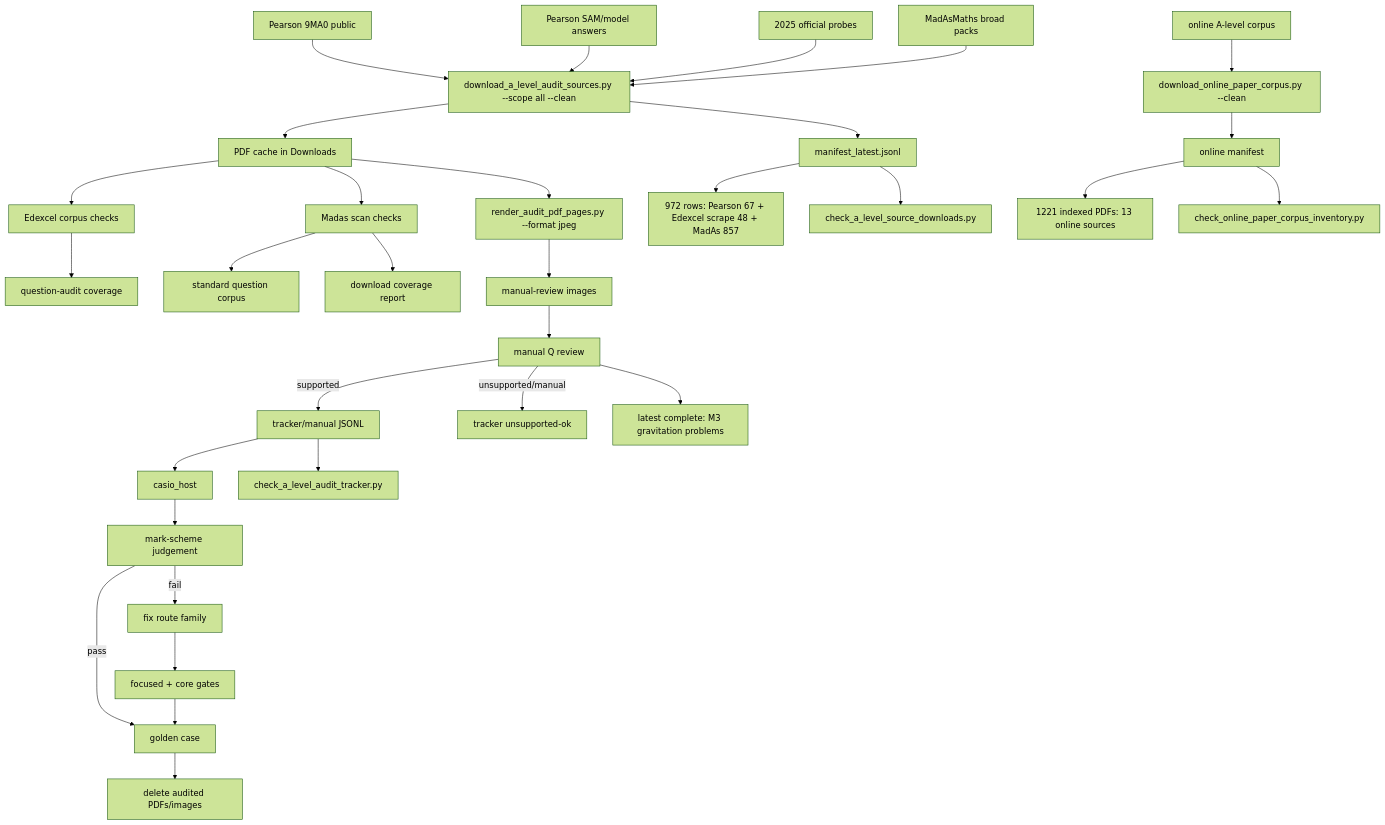
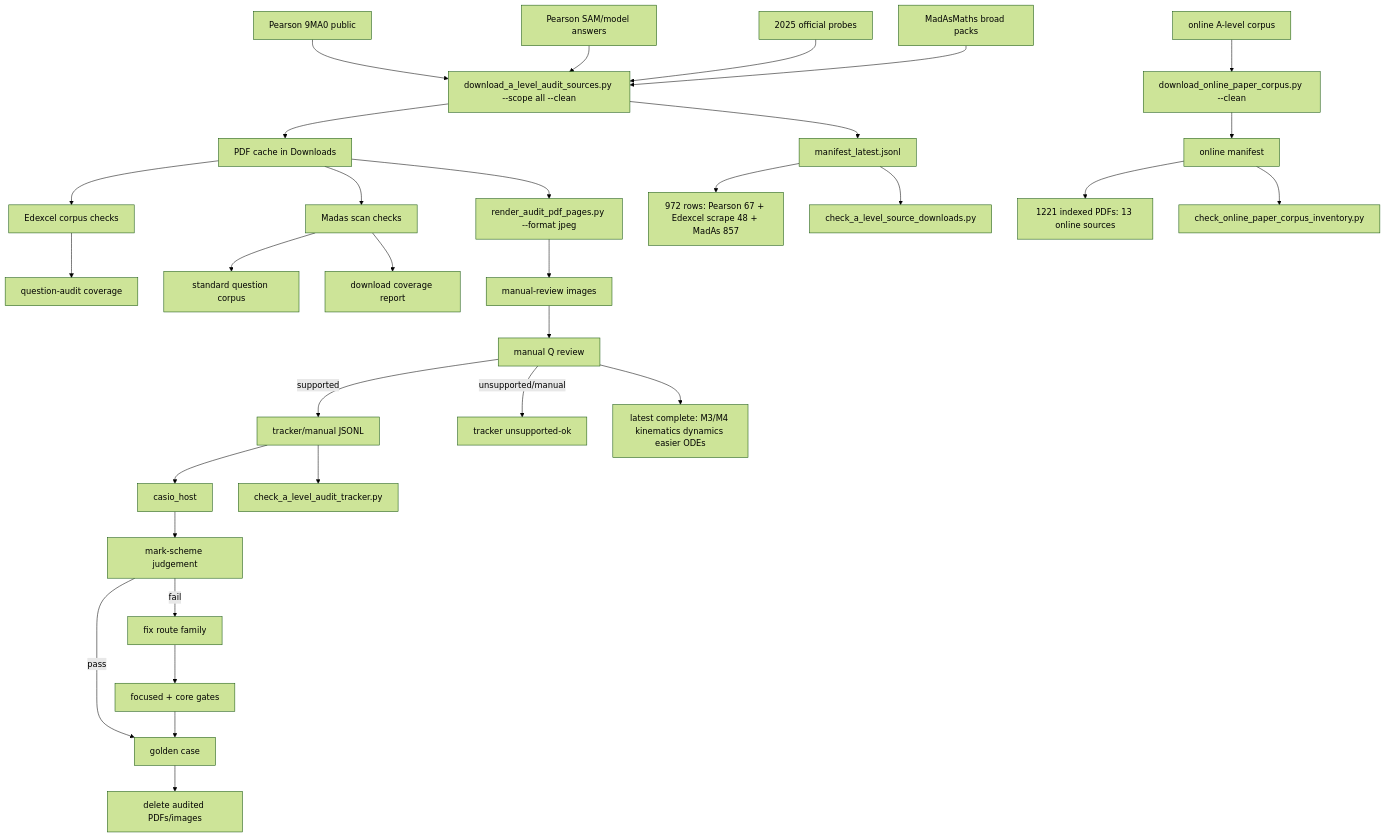
Before and after one commit to james8464/notes-addin-casio-fx-cg50: the diagram in c++/tools/golden/a_level_audit_graph.md, drawn with Mermaid (forest theme). The commit also changed other lines of this file and 2 other files, not shown here.

Commit message:
Audit M3 M4 easier ODEs booklet

````diff
--- a/c++/tools/golden/a_level_audit_graph.md
+++ b/c++/tools/golden/a_level_audit_graph.md
@@ -3,34 +3,34 @@
 ```mermaid
 graph TD
   E1["Pearson 9MA0 public"] --> D["download_a_level_audit_sources.py --scope all --clean"]
   E2["Pearson SAM/model answers"] --> D
   E3["2025 official probes"] --> D
   M1["MadAsMaths broad packs"] --> D
   O1["online A-level corpus"] --> OD["download_online_paper_corpus.py --clean"]
   D --> P["PDF cache in Downloads"]
   D --> X["manifest_latest.jsonl"]
   OD --> OX["online manifest"]
   X --> XC["972 rows: Pearson 67 + Edexcel scrape 48 + MadAs 857"]
   OX --> OC["1221 indexed PDFs: 13 online sources"]
   X --> V["check_a_level_source_downloads.py"]
   OX --> OV["check_online_paper_corpus_inventory.py"]
   P --> E["Edexcel corpus checks"]
   E --> EQ["question-audit coverage"]
   P --> S["Madas scan checks"]
   S --> M["standard question corpus"]
   S --> MC["download coverage report"]
   P --> R["render_audit_pdf_pages.py --format jpeg"]
   R --> I["manual-review images"]
   I --> Q["manual Q review"]
   Q -->|supported| J["tracker/manual JSONL"]
   Q -->|unsupported/manual| U["tracker unsupported-ok"]
   J --> H["casio_host"]
   J --> K["check_a_level_audit_tracker.py"]
   H --> C["mark-scheme judgement"]
   C -->|pass| G["golden case"]
   C -->|fail| F["fix route family"]
   F --> T["focused + core gates"]
   T --> G
   G --> Z["delete audited PDFs/images"]
-  Q --> Qt["latest complete: M3 gravitation problems"]
+  Q --> Qt["latest complete: M3/M4 kinematics dynamics easier ODEs"]
 ```
````
